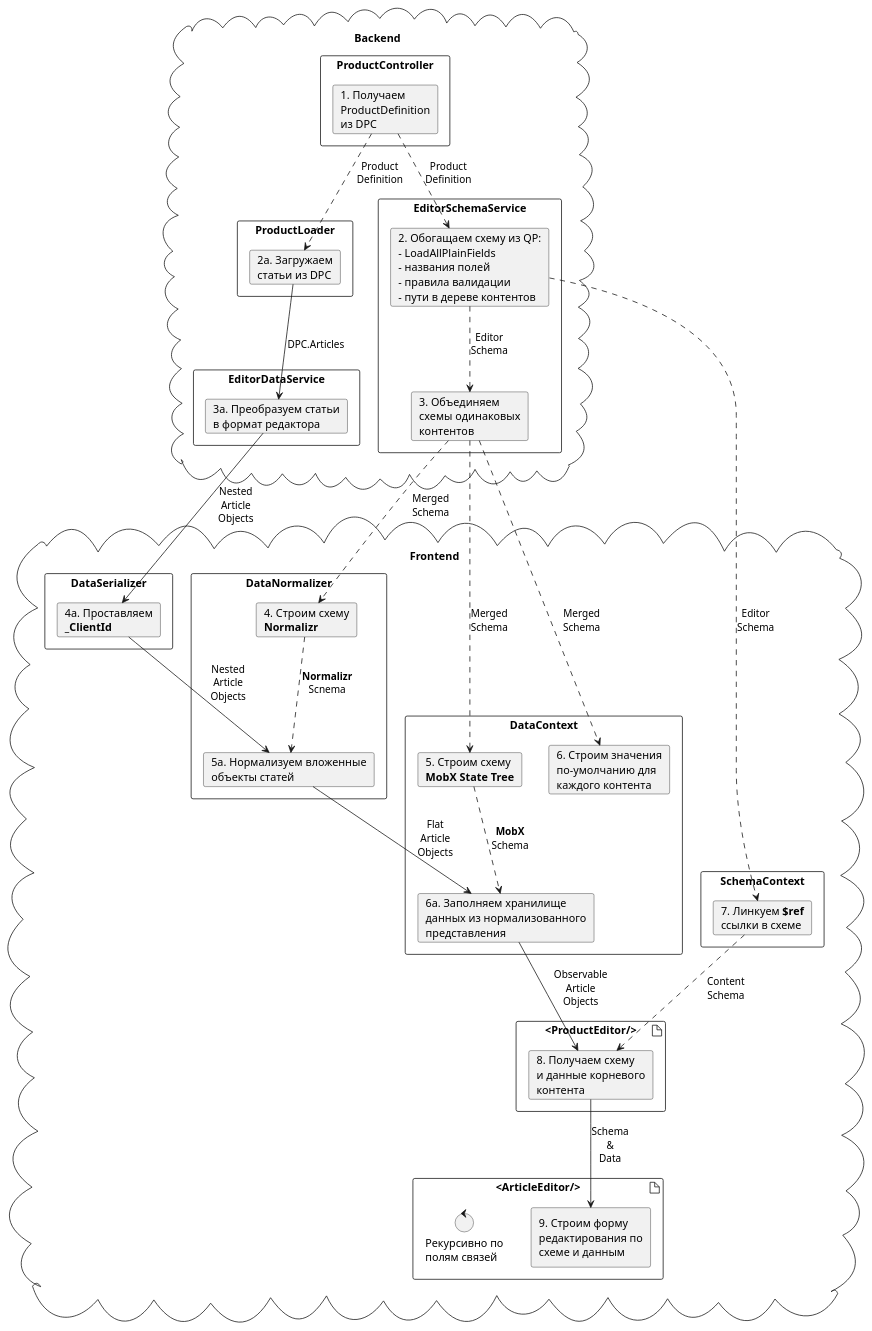
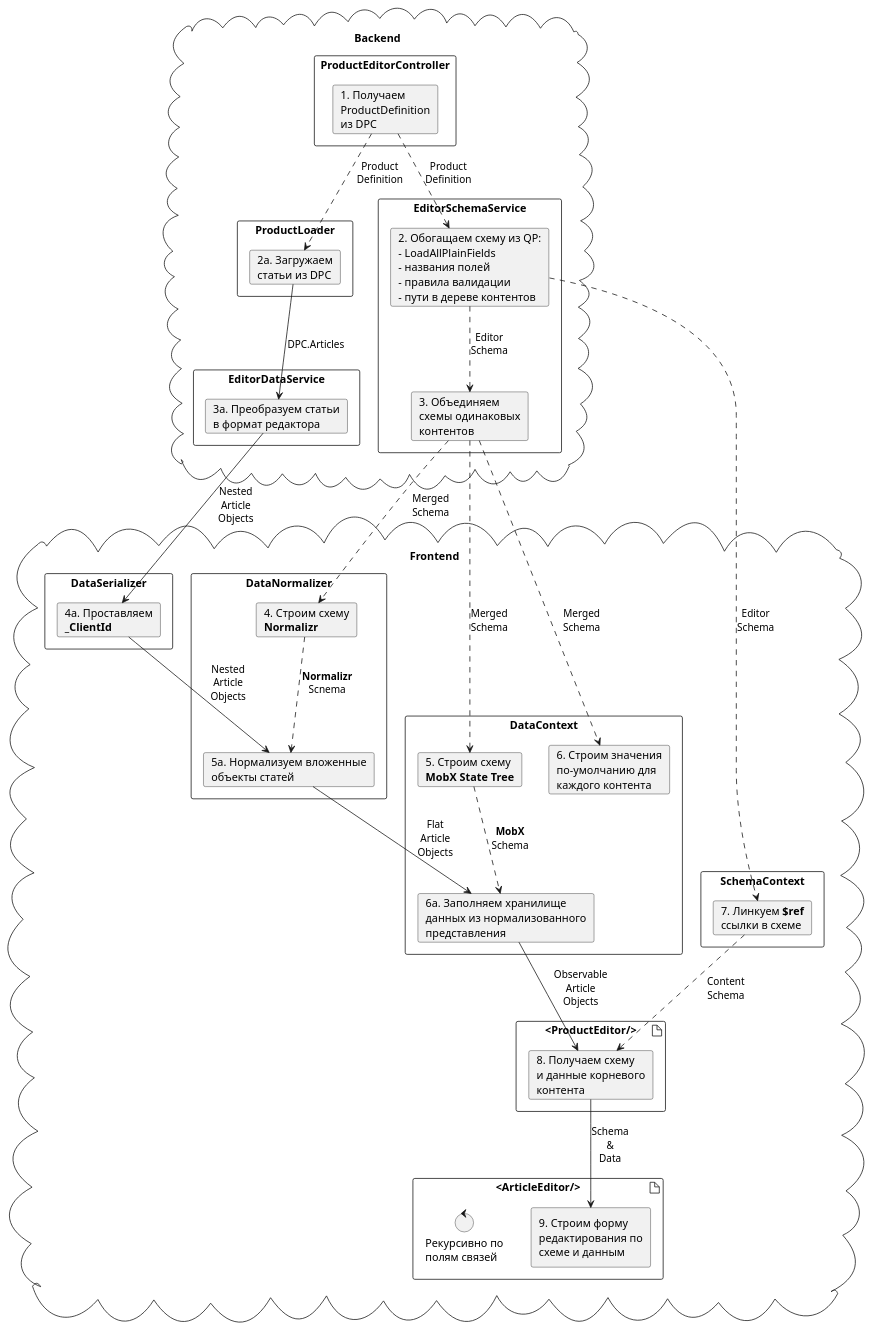
One commit to QuantumArt/QA.DPC changed the diagram in QA.ProductCatalog.Admin.WebApp/Docs/ProductEditor/DataTransformations.puml. Above: the diagram before and after it, drawn with PlantUML. The commit also changed 8 other files, not shown here.

```diff
--- a/QA.ProductCatalog.Admin.WebApp/Docs/ProductEditor/DataTransformations.puml
+++ b/QA.ProductCatalog.Admin.WebApp/Docs/ProductEditor/DataTransformations.puml
@@ -1,135 +1,135 @@
 @startuml DataTransformations
 
 cloud Backend {
-  rectangle ProductController {
+  rectangle ProductEditorController {
     card GetDefinition [
       1. Получаем
       ProductDefinition
       из DPC
     ]
   }
 
   rectangle ProductLoader {
     card LoadArticles [
       2a. Загружаем
       статьи из DPC
     ]
   }
 
   GetDefinition ..> LoadArticles: Product\nDefinition
 
   rectangle EditorDataService {
     card ConvertArticles [
       3a. Преобразуем статьи
       в формат редактора
     ]
   }
 
   LoadArticles ==> ConvertArticles: DPC.Articles
 
   rectangle EditorSchemaService {
     card GetPlainFields [
       2. Обогащаем схему из QP:
       - LoadAllPlainFields
       - названия полей
       - правила валидации
       - пути в дереве контентов
     ]
 
     card MergeSchema [
       3. Объединяем
       схемы одинаковых
       контентов
     ]
 
     GetPlainFields ..> MergeSchema: Editor\nSchema
   }
 
   GetDefinition ..> GetPlainFields: Product\nDefinition
 }
 
 cloud Frontend {
   rectangle DataSerializer {
     card MapClientId [
       4a. Проставляем
       <b>_ClientId
     ]
   }
 
   rectangle DataNormalizer {
     card NormalizrSchema [
       4. Строим схему
       <b>Normalizr
     ]
 
     card NormalizeArticles [
       5a. Нормализуем вложенные
       объекты статей
     ]
 
     NormalizrSchema ..> NormalizeArticles: <b>Normalizr\nScnema
   }
 
   rectangle DataContext {
     card MobxSchema [
       5. Строим схему
       <b>MobX State Tree
     ]
 
     card DefaultValues [
       6. Строим значения
       по-умолчанию для
       каждого контента
     ]
 
     card InitStore [
       6a. Заполняем хранилище
       данных из нормализованного
       представления
     ]
 
     MobxSchema ..> InitStore: <b>MobX\nSchema
   }
 
   rectangle SchemaContext {
     card LinkSchema [
       7. Линкуем <b>$ref
       ссылки в схеме
     ]
   }
 
   artifact <ProductEditor/> {
     card RootContent [
       8. Получаем схему
       и данные корневого
       контента
     ]
   }
 
   artifact <ArticleEditor/> {
     rectangle EditorForm [
       9. Строим форму
       редактирования по
       схеме и данным
     ]
 
     control Recursion [
       Рекурсивно по
       полям связей
     ]
   }
 
   LinkSchema ..> RootContent: Content\nSchema
   NormalizeArticles ==> InitStore: Flat\nArticle\nObjects
   InitStore ==> RootContent: Observable\nArticle\nObjects
   RootContent ==> EditorForm: Schema\n&\nData
 }
 
 GetPlainFields ..> LinkSchema: Editor\nSchema
 MergeSchema ..> NormalizrSchema: Merged\nSchema
 MergeSchema ..> MobxSchema: Merged\nSchema
 MergeSchema ..> DefaultValues: Merged\nSchema
 ConvertArticles ==> MapClientId: Nested\nArticle\nObjects
 MapClientId ==> NormalizeArticles: Nested\nArticle\nObjects
 
 @enduml
```
